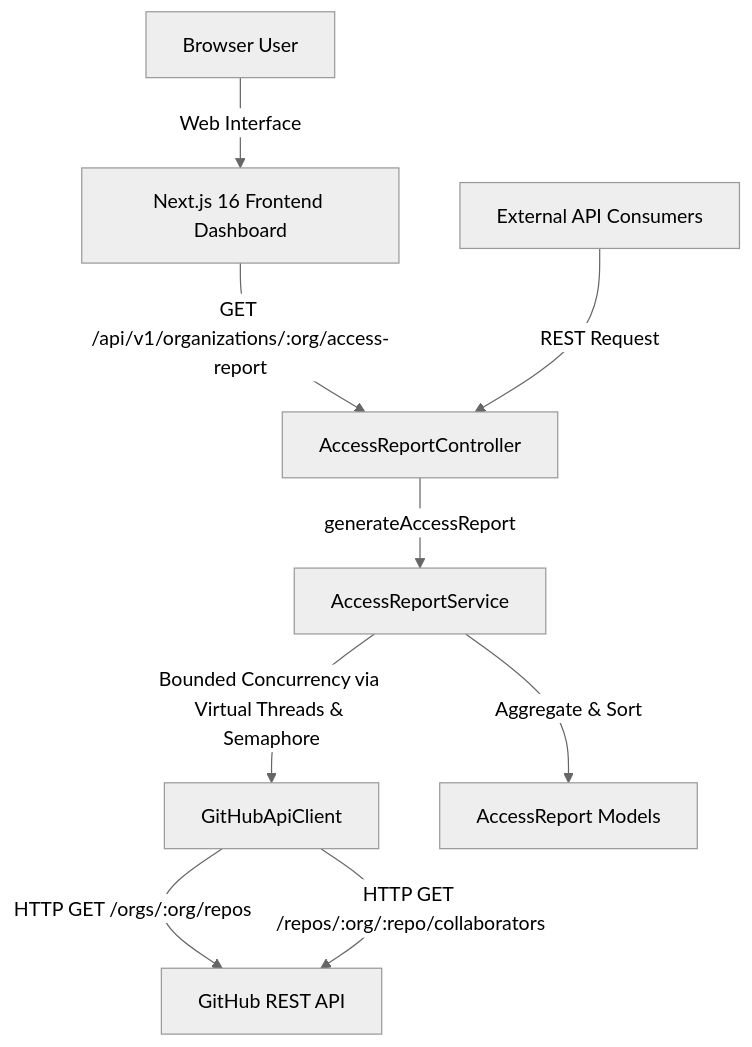
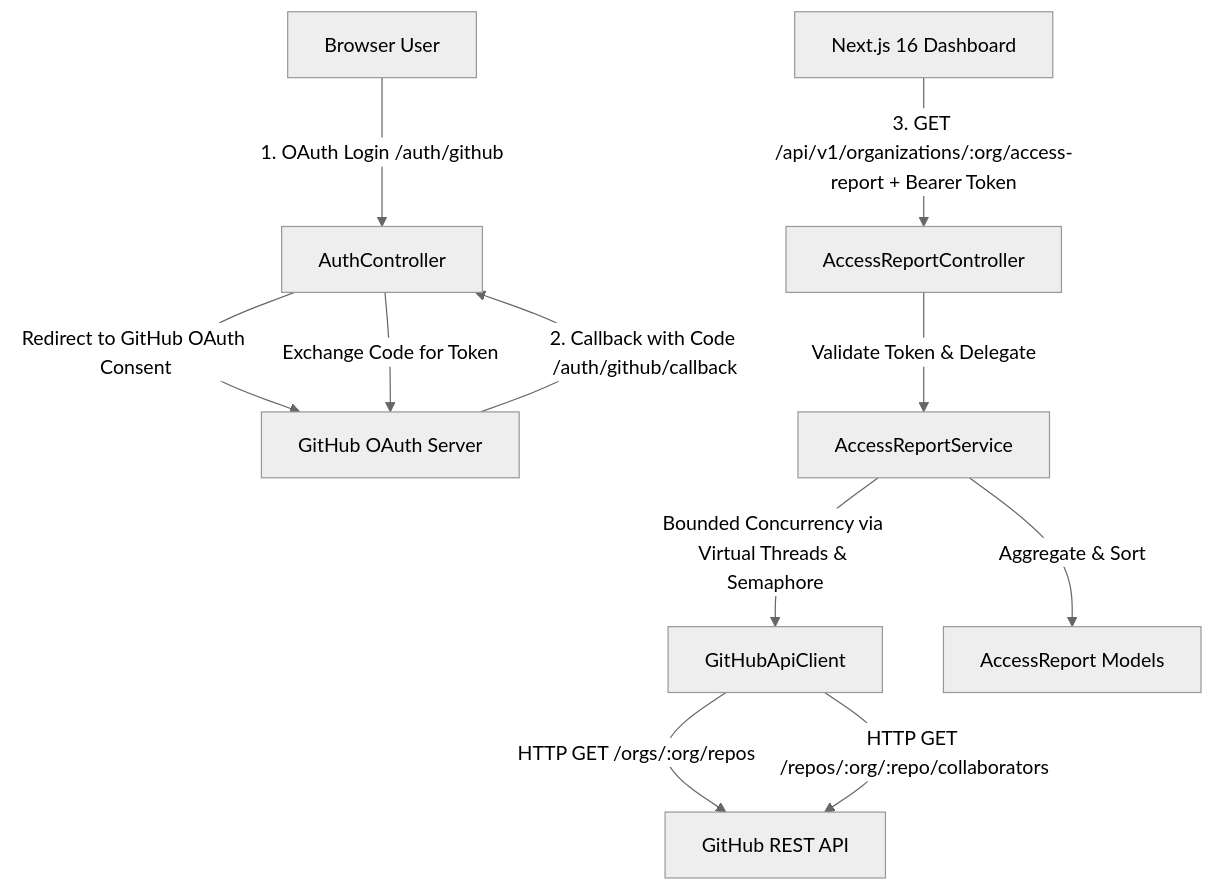
One commit to GaneshShindee/Github-Acesss-Report changed the diagram in README.md. Above: the diagram before and after it, drawn with Mermaid (neutral theme). The commit also changed other lines of this file and 14 other files, not shown here.

Commit message:
Add GitHub OAuth 2.0 authentication endpoints, authorization code exchange, and Bearer token protection

````diff
--- a/README.md
+++ b/README.md
@@ -22,11 +22,13 @@
 ```mermaid
 graph TD
-    User[Browser User] -->|Web Interface| Dashboard[Next.js 16 Frontend Dashboard]
-    Dashboard -->|GET /api/v1/organizations/:org/access-report| Controller[AccessReportController]
-    Client[External API Consumers] -->|REST Request| Controller
-    Controller -->|generateAccessReport| Service[AccessReportService]
+    User[Browser User] -->|1. OAuth Login /auth/github| AuthController[AuthController]
+    AuthController -->|Redirect to GitHub OAuth Consent| GitHubOAuth[GitHub OAuth Server]
+    GitHubOAuth -->|2. Callback with Code /auth/github/callback| AuthController
+    AuthController -->|Exchange Code for Token| GitHubOAuth
+    Dashboard[Next.js 16 Dashboard] -->|3. GET /api/v1/organizations/:org/access-report + Bearer Token| AccessController[AccessReportController]
+    AccessController -->|Validate Token & Delegate| Service[AccessReportService]
     Service -->|Bounded Concurrency via Virtual Threads & Semaphore| GitHubClient[GitHubApiClient]
     GitHubClient -->|HTTP GET /orgs/:org/repos| GitHubAPI[GitHub REST API]
     GitHubClient -->|HTTP GET /repos/:org/:repo/collaborators| GitHubAPI
     Service -->|Aggregate & Sort| Models[AccessReport Models]
 ```
````
